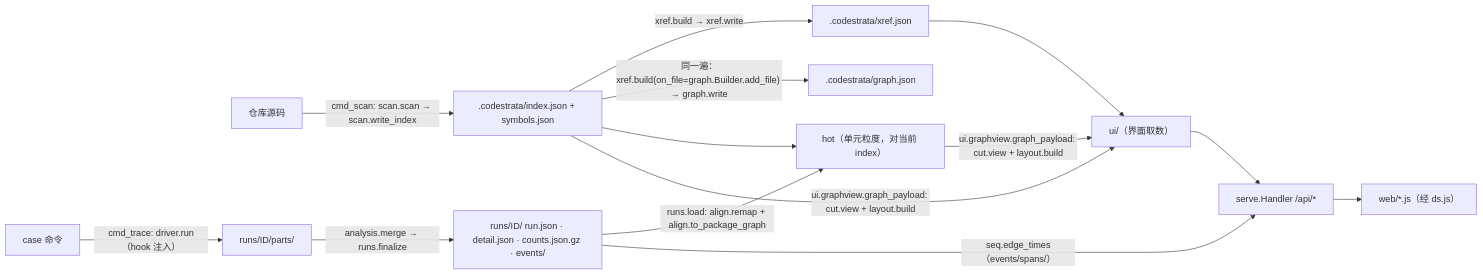
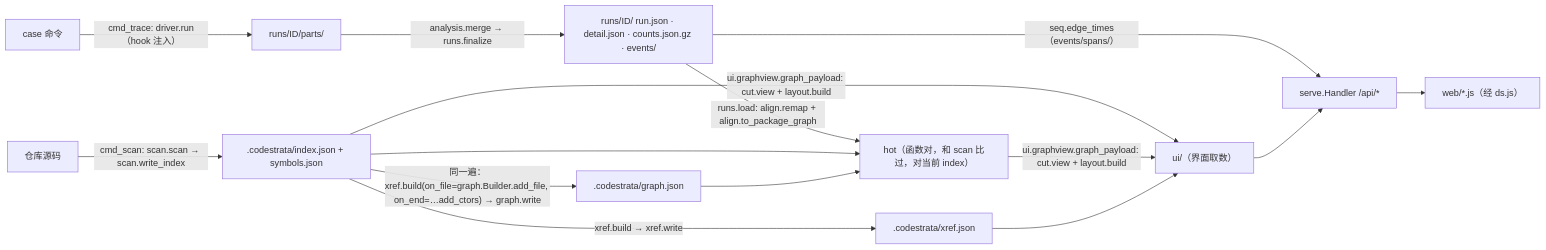
The diagram in docs/ARCHITECTURE.md (noviorlu/codestrata), drawn with Mermaid before and after one commit. The commit also changed other lines of this file and 32 other files, not shown here.

First line of the commit message:
The graph has only call edges; trace and scan are matched by call line

````diff
--- a/docs/ARCHITECTURE.md
+++ b/docs/ARCHITECTURE.md
@@ -41,15 +35,16 @@
 ```mermaid
 flowchart LR
   SRC["仓库源码"] -->|"cmd_scan: scan.scan → scan.write_index"| IDX[".codestrata/index.json + symbols.json"]
   IDX -->|"xref.build → xref.write"| XR[".codestrata/xref.json"]
-  IDX -->|"同一遍：xref.build(on_file=graph.Builder.add_file) → graph.write"| GR[".codestrata/graph.json"]
+  IDX -->|"同一遍：xref.build(on_file=graph.Builder.add_file, on_end=…add_ctors) → graph.write"| GR[".codestrata/graph.json"]
   CMD["case 命令"] -->|"cmd_trace: driver.run（hook 注入）"| PARTS["runs/ID/parts/"]
   PARTS -->|"analysis.merge → runs.finalize"| RUN["runs/ID/ run.json · detail.json · counts.json.gz · events/"]
-  RUN -->|"runs.load: align.remap + align.to_package_graph"| HOT["hot（单元粒度，对当前 index）"]
+  RUN -->|"runs.load: align.remap + align.to_package_graph"| HOT["hot（函数对，和 scan 比过，对当前 index）"]
   IDX --> HOT
+  GR --> HOT
   IDX & HOT -->|"ui.graphview.graph_payload: cut.view + layout.build"| PL["ui/（界面取数）"]
   XR --> PL
   RUN -->|"seq.edge_times（events/spans/）"| API
   PL --> API["serve.Handler /api/*"]
   API --> WEB["web/*.js（经 ds.js）"]
 ```
````
